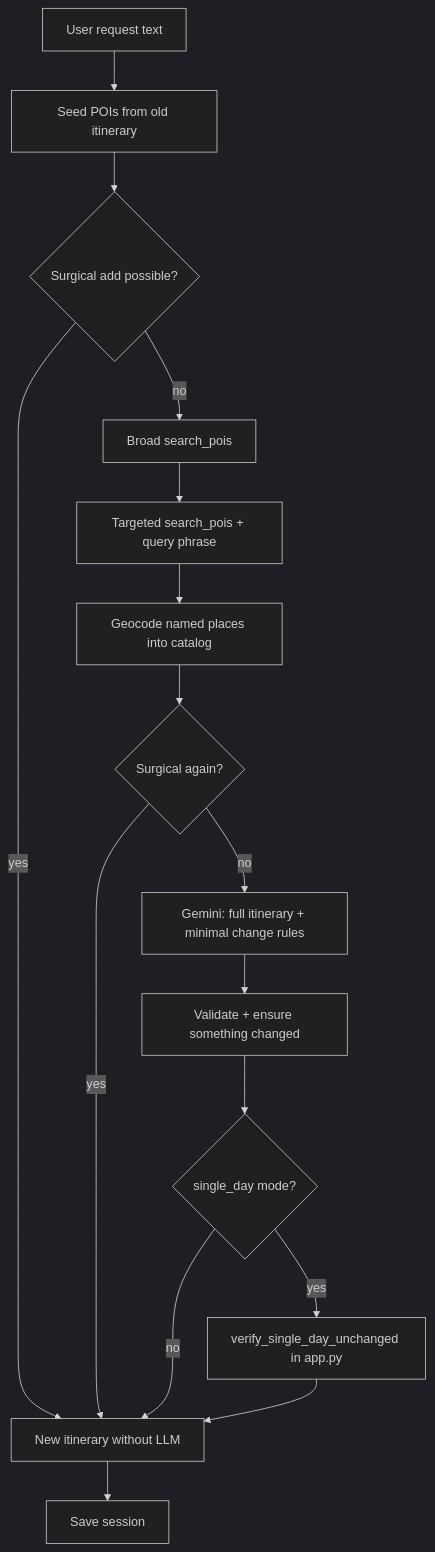
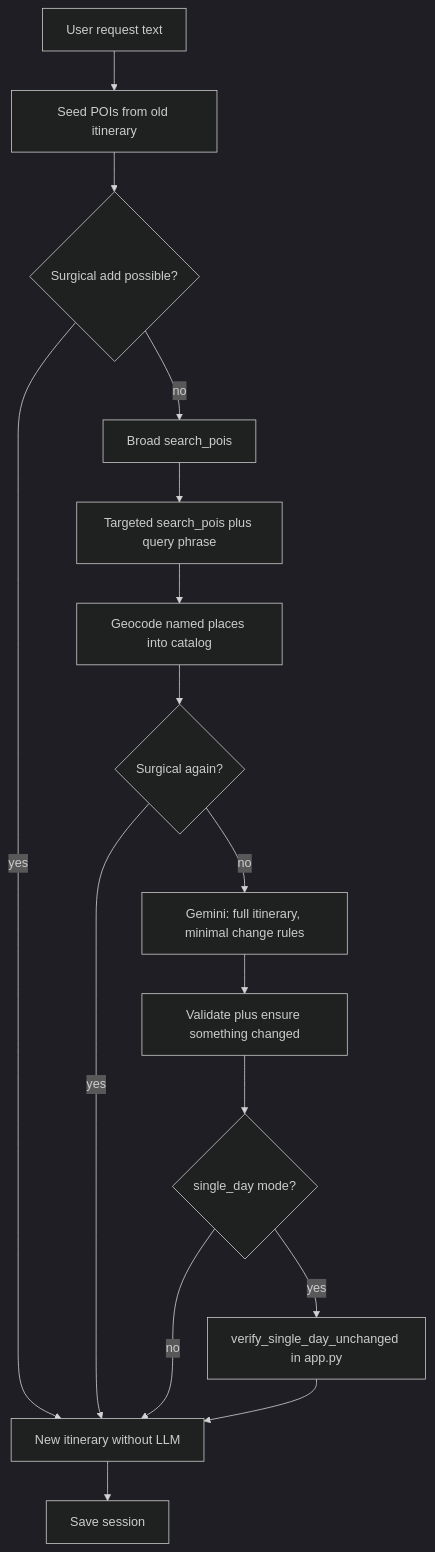
Before and after one commit to guptaastha1427/Trip-Planner: the ninth of 19 diagrams in info.md, drawn with Mermaid (dark theme). The commit also changed other lines of this file and 4 other files, not shown here.

````diff
--- a/info.md
+++ b/info.md
@@ -354,18 +355,18 @@
 ```mermaid
 flowchart TD
   R[User request text] --> S[Seed POIs from old itinerary]
   S --> Surg{Surgical add possible?}
   Surg -->|yes| Out[New itinerary without LLM]
   Surg -->|no| P1[Broad search_pois]
-  P1 --> P2[Targeted search_pois + query phrase]
+  P1 --> P2[Targeted search_pois plus query phrase]
   P2 --> G[Geocode named places into catalog]
   G --> Surg2{Surgical again?}
   Surg2 -->|yes| Out
-  Surg2 -->|no| LLM[Gemini: full itinerary + minimal change rules]
-  LLM --> V[Validate + ensure something changed]
+  Surg2 -->|no| LLM[Gemini: full itinerary, minimal change rules]
+  LLM --> V[Validate plus ensure something changed]
   V --> SD{single_day mode?}
   SD -->|yes| Check[verify_single_day_unchanged in app.py]
   SD -->|no| Out
   Check --> Out
   Out --> Done[Save session]
 ```
````
